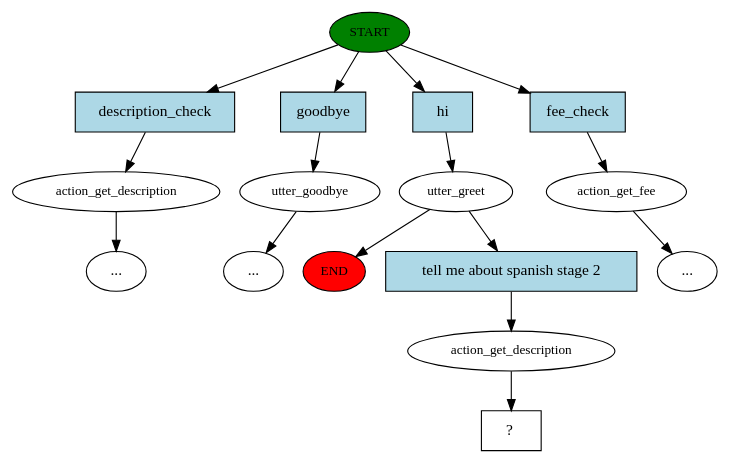
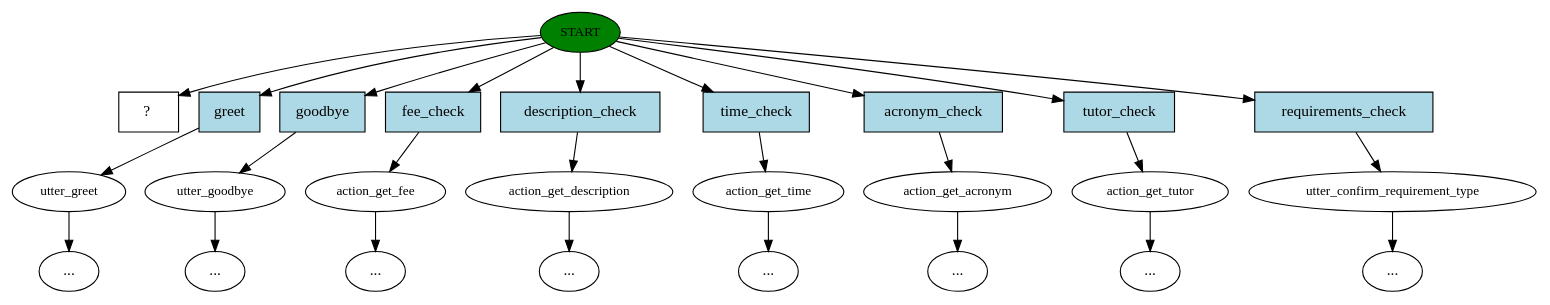
The diagram in chat-service/model/story_graph.dot (leonore/ugenie), drawn with Graphviz before and after one commit. The commit also changed 14 other files, not shown here.

```diff
--- a/chat-service/model/story_graph.dot
+++ b/chat-service/model/story_graph.dot
@@ -1,33 +1,53 @@
 digraph  {
 0 [class="start active", fillcolor=green, fontsize=12, label=START, style=filled];
-"-1" [class=end, fillcolor=red, fontsize=12, label=END, style=filled];
-1 [class="", fontsize=12, label=action_get_description];
+1 [class="", fontsize=12, label=utter_greet];
 "-3" [class=ellipsis, label="..."];
 2 [class="", fontsize=12, label=utter_goodbye];
 "-4" [class=ellipsis, label="..."];
-3 [class=active, fontsize=12, label=utter_greet];
-4 [class="", fontsize=12, label=action_get_fee];
+3 [class="", fontsize=12, label=action_get_fee];
 "-5" [class=ellipsis, label="..."];
-6 [class=active, fontsize=12, label=action_get_description];
-7 [class="intent dashed active", label="  ?  ", shape=rect];
-8 [class=intent, fillcolor=lightblue, label=description_check, shape=rect, style=filled];
-9 [class=intent, fillcolor=lightblue, label=goodbye, shape=rect, style=filled];
-10 [class="intent active", fillcolor=lightblue, label=hi, shape=rect, style=filled];
-11 [class=intent, fillcolor=lightblue, label=fee_check, shape=rect, style=filled];
-12 [class="intent active", fillcolor=lightblue, label="tell me about spanish stage 2", shape=rect, style=filled];
-0 -> 8  [class="", key=0];
-0 -> 9  [class="", key=0];
-0 -> 10  [class=active, key=0];
+4 [class="", fontsize=12, label=action_get_description];
+"-6" [class=ellipsis, label="..."];
+5 [class="", fontsize=12, label=action_get_time];
+"-7" [class=ellipsis, label="..."];
+6 [class="", fontsize=12, label=action_get_acronym];
+"-8" [class=ellipsis, label="..."];
+7 [class="", fontsize=12, label=action_get_tutor];
+"-9" [class=ellipsis, label="..."];
+8 [class="", fontsize=12, label=utter_confirm_requirement_type];
+"-10" [class=ellipsis, label="..."];
+9 [class="intent dashed active", label="  ?  ", shape=rect];
+10 [class=intent, fillcolor=lightblue, label=greet, shape=rect, style=filled];
+11 [class=intent, fillcolor=lightblue, label=goodbye, shape=rect, style=filled];
+12 [class=intent, fillcolor=lightblue, label=fee_check, shape=rect, style=filled];
+13 [class=intent, fillcolor=lightblue, label=description_check, shape=rect, style=filled];
+14 [class=intent, fillcolor=lightblue, label=time_check, shape=rect, style=filled];
+15 [class=intent, fillcolor=lightblue, label=acronym_check, shape=rect, style=filled];
+16 [class=intent, fillcolor=lightblue, label=tutor_check, shape=rect, style=filled];
+17 [class=intent, fillcolor=lightblue, label=requirements_check, shape=rect, style=filled];
+0 -> 9  [class=active, key=NONE, label=""];
+0 -> 10  [class="", key=0];
 0 -> 11  [class="", key=0];
+0 -> 12  [class="", key=0];
+0 -> 13  [class="", key=0];
+0 -> 14  [class="", key=0];
+0 -> 15  [class="", key=0];
+0 -> 16  [class="", key=0];
+0 -> 17  [class="", key=0];
 1 -> "-3"  [class="", key=NONE, label=""];
 2 -> "-4"  [class="", key=NONE, label=""];
-3 -> "-1"  [class="", key=NONE, label=""];
-3 -> 12  [class=active, key=0];
-4 -> "-5"  [class="", key=NONE, label=""];
-6 -> 7  [class=active, key=NONE, label=""];
-8 -> 1  [class="", key=0];
-9 -> 2  [class="", key=0];
-10 -> 3  [class=active, key=0];
-11 -> 4  [class="", key=0];
-12 -> 6  [class=active, key=0];
+3 -> "-5"  [class="", key=NONE, label=""];
+4 -> "-6"  [class="", key=NONE, label=""];
+5 -> "-7"  [class="", key=NONE, label=""];
+6 -> "-8"  [class="", key=NONE, label=""];
+7 -> "-9"  [class="", key=NONE, label=""];
+8 -> "-10"  [class="", key=NONE, label=""];
+10 -> 1  [class="", key=0];
+11 -> 2  [class="", key=0];
+12 -> 3  [class="", key=0];
+13 -> 4  [class="", key=0];
+14 -> 5  [class="", key=0];
+15 -> 6  [class="", key=0];
+16 -> 7  [class="", key=0];
+17 -> 8  [class="", key=0];
 }
```
